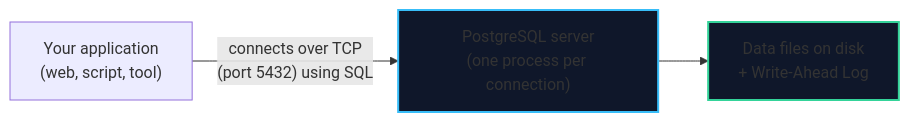
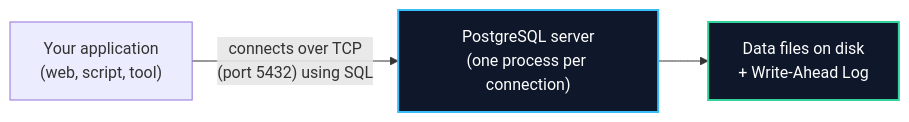
One commit to 1345AbhishekKumar/cs-cookbook changed the diagram in content/docs/postgresql/01-getting-started/01-what-is-postgresql.mdx. Above: the diagram before and after it, drawn with Mermaid. The commit also changed 80 other files, not shown here.

````diff
--- a/content/docs/postgresql/01-getting-started/01-what-is-postgresql.mdx
+++ b/content/docs/postgresql/01-getting-started/01-what-is-postgresql.mdx
@@ -59,8 +59,8 @@
 ```mermaid
 flowchart LR
     C["Your application<br/>(web, script, tool)"] -->|"connects over TCP<br/>(port 5432) using SQL"| P["PostgreSQL server<br/>(one process per connection)"]
     P --> D["Data files on disk<br/>+ Write-Ahead Log"]
 
-    style P fill:#0f172a,stroke:#38bdf8,stroke-width:2px
-    style D fill:#0f172a,stroke:#34d399,stroke-width:2px
+    style P fill:#0f172a,stroke:#38bdf8,stroke-width:2px,color:#ffffff
+    style D fill:#0f172a,stroke:#34d399,stroke-width:2px,color:#ffffff
 ```
````
